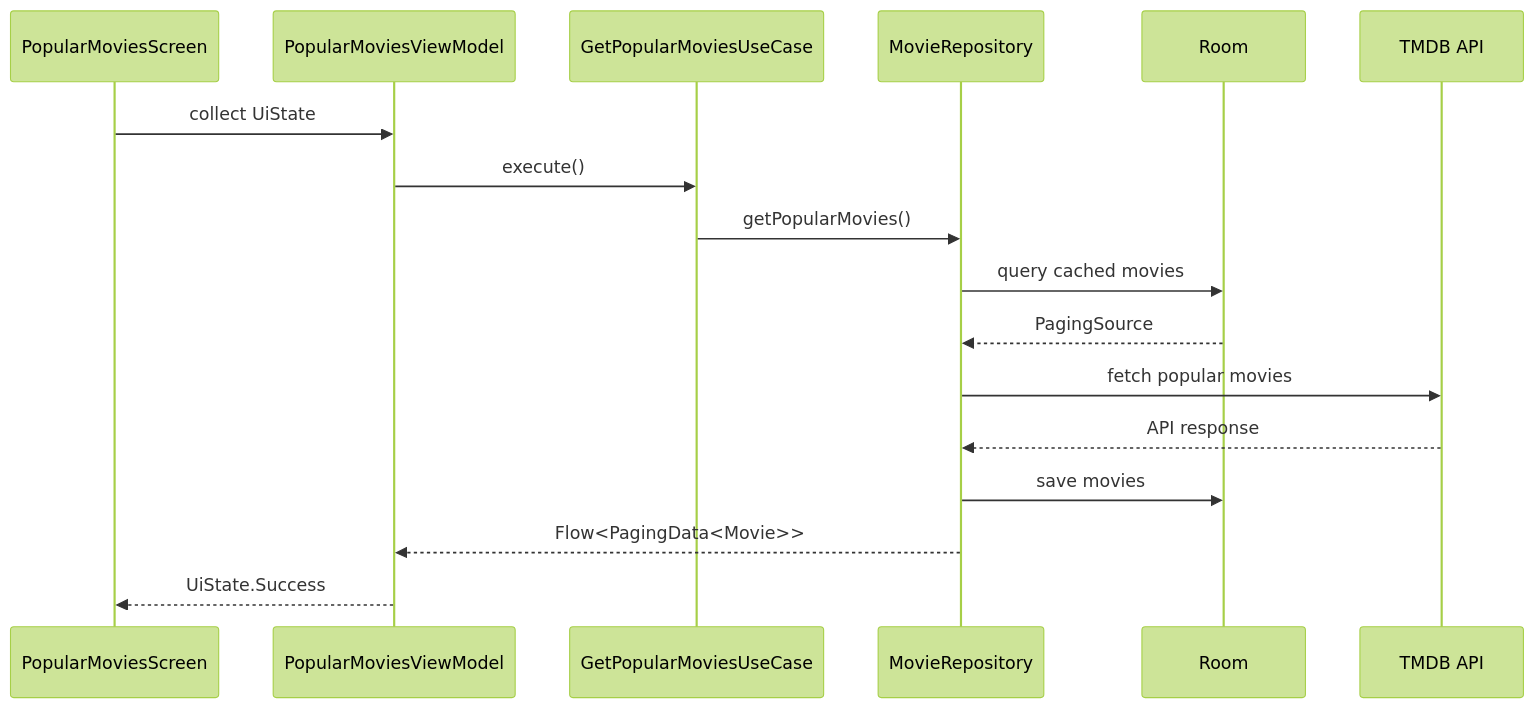
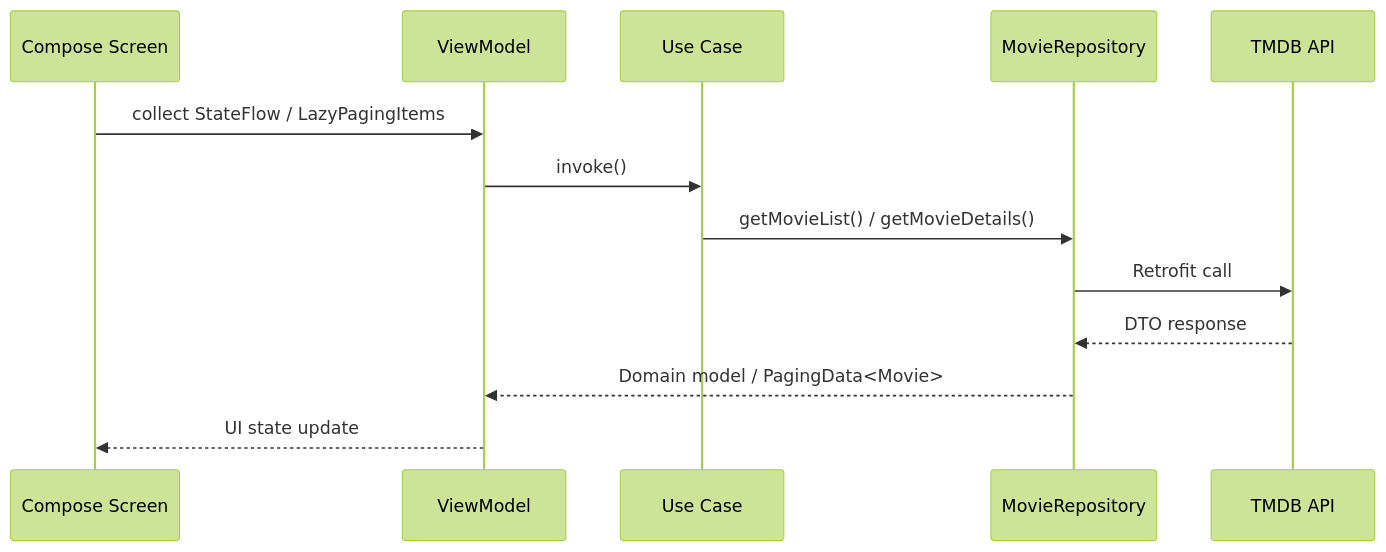
The second of 2 diagrams in README.md (gspgobi/TMDB-v1), drawn with Mermaid (forest theme) before and after one commit. The commit also changed other lines of this file, not shown here.

````diff
--- a/README.md
+++ b/README.md
@@ -87,23 +82,16 @@
 ```mermaid
 sequenceDiagram
-    participant UI as PopularMoviesScreen
-    participant VM as PopularMoviesViewModel
-    participant UC as GetPopularMoviesUseCase
+    participant UI as Compose Screen
+    participant VM as ViewModel
+    participant UC as Use Case
     participant Repo as MovieRepository
-    participant Local as Room
-    participant Remote as TMDB API
+    participant API as TMDB API
 
-    UI->>VM: collect UiState
-    VM->>UC: execute()
-    UC->>Repo: getPopularMovies()
-
-    Repo->>Local: query cached movies
-    Local-->>Repo: PagingSource
-
-    Repo->>Remote: fetch popular movies
-    Remote-->>Repo: API response
-    Repo->>Local: save movies
-
-    Repo-->>VM: Flow<PagingData<Movie>>
-    VM-->>UI: UiState.Success
+    UI->>VM: collect StateFlow / LazyPagingItems
+    VM->>UC: invoke()
+    UC->>Repo: getMovieList() / getMovieDetails()
+    Repo->>API: Retrofit call
+    API-->>Repo: DTO response
+    Repo-->>VM: Domain model / PagingData<Movie>
+    VM-->>UI: UI state update
 ```
````
